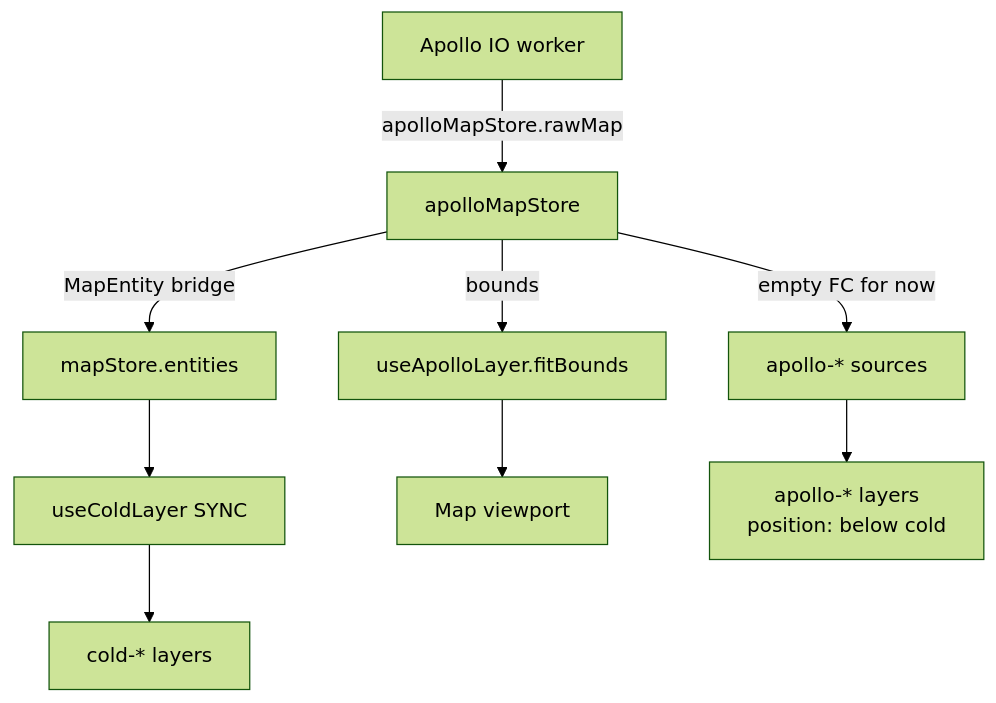
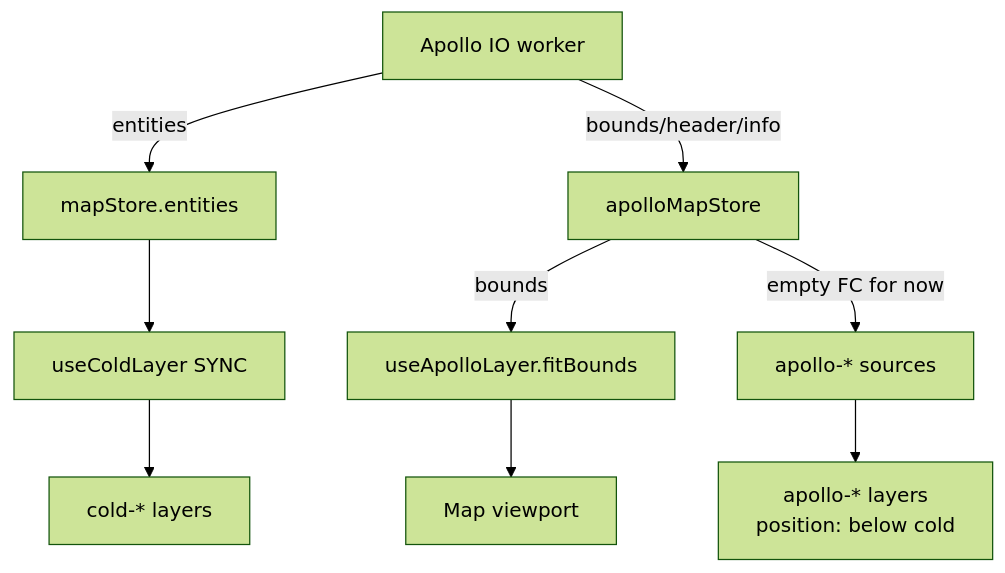
Before and after one commit to SakuraPuare/apollo-map-studio: the diagram in docs/api/hooks/use-apollo-layer.md, drawn with Mermaid (forest theme). The commit also changed other lines of this file and 54 other files, not shown here.

````diff
--- a/docs/api/hooks/use-apollo-layer.md
+++ b/docs/api/hooks/use-apollo-layer.md
@@ -216,11 +211,11 @@
 ```mermaid
 graph TD
-    A[Apollo IO worker] -->|apolloMapStore.rawMap| B[apolloMapStore]
-    B -->|MapEntity bridge| C[mapStore.entities]
+    A[Apollo IO worker] -->|entities| C[mapStore.entities]
+    A -->|bounds/header/info| B[apolloMapStore]
     C --> D[useColdLayer SYNC]
     D --> E[cold-* layers]
     B -->|bounds| F[useApolloLayer.fitBounds]
     F --> G[Map viewport]
     B -->|empty FC for now| H[apollo-* sources]
     H --> I[apollo-* layers<br/>position: below cold]
 ```
````
